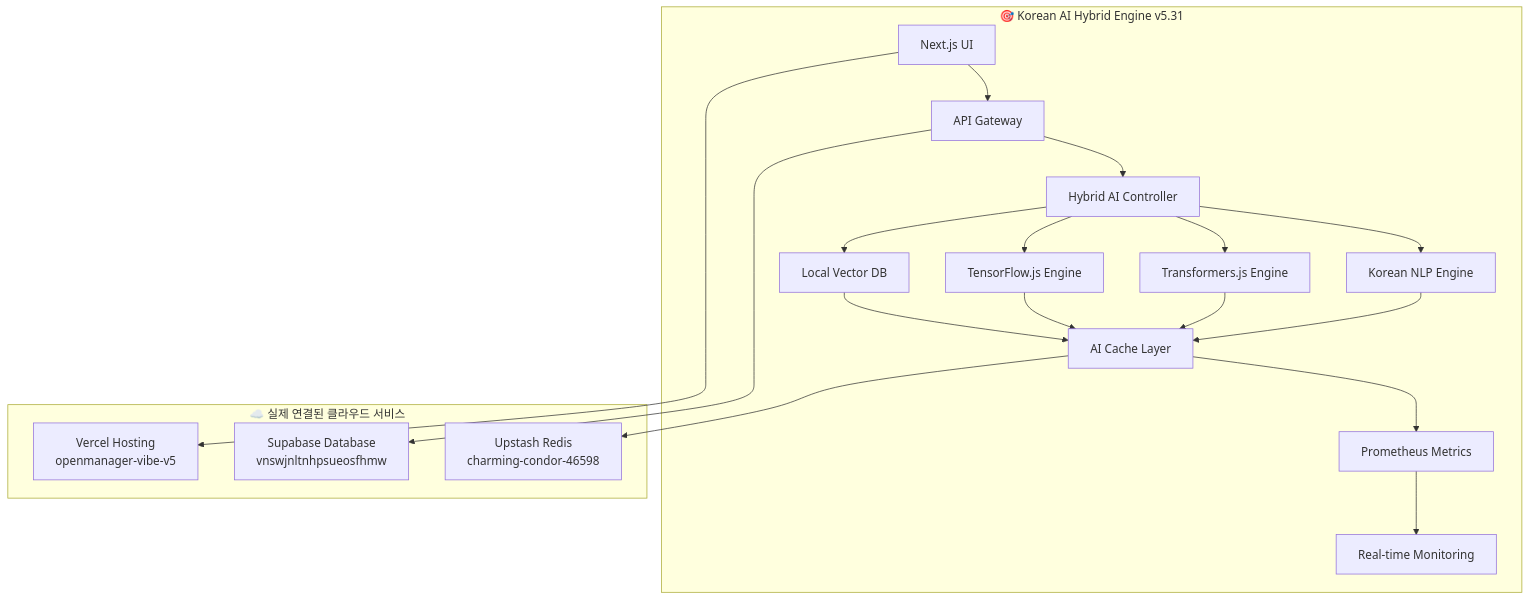
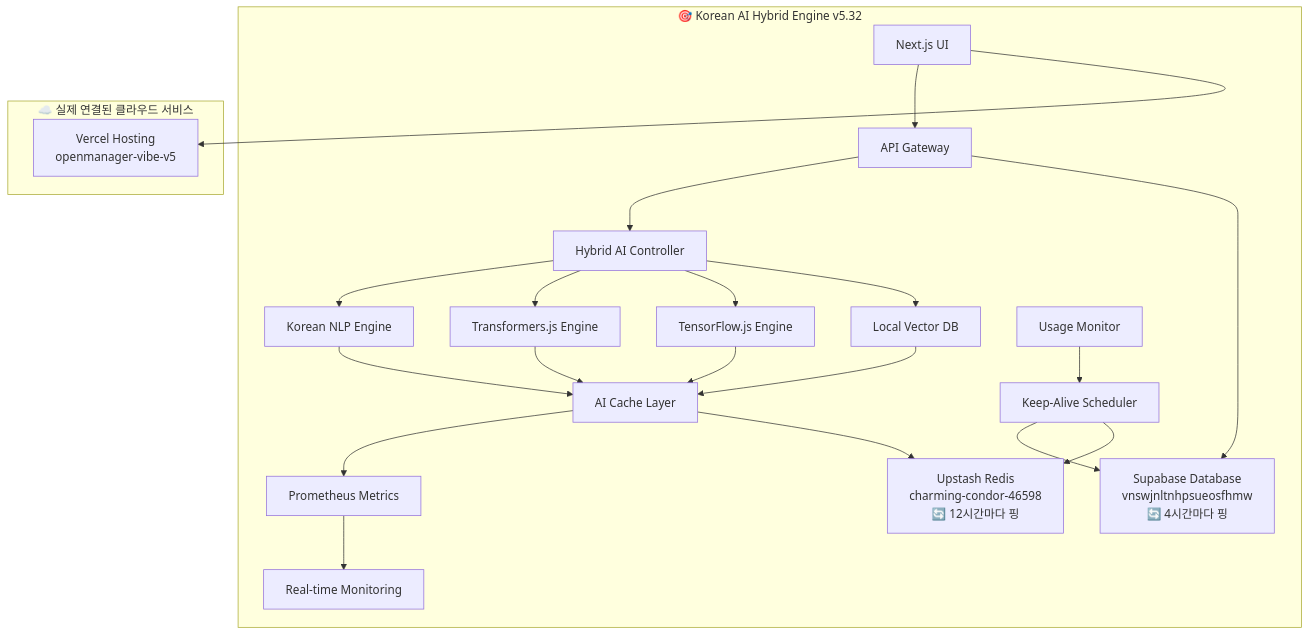
Before and after one commit to skyasu2/openmanager-vibe-v5: the diagram in README.md, drawn with Mermaid. The commit also changed other lines of this file and 8 other files, not shown here.

````diff
--- a/README.md
+++ b/README.md
@@ -71,30 +93,34 @@
 ```mermaid
 graph TB
-    subgraph "🎯 Korean AI Hybrid Engine v5.31"
+    subgraph "🎯 Korean AI Hybrid Engine v5.32"
         UI["Next.js UI"] --> Gateway["API Gateway"]
         Gateway --> Hybrid["Hybrid AI Controller"]
         
         Hybrid --> Korean["Korean NLP Engine"]
         Hybrid --> TF["Transformers.js Engine"]
         Hybrid --> Tensor["TensorFlow.js Engine"]
         Hybrid --> Vector["Local Vector DB"]
         
         Korean --> Cache["AI Cache Layer"]
         TF --> Cache
         Tensor --> Cache
         Vector --> Cache
         
         Cache --> Metrics["Prometheus Metrics"]
         Metrics --> Monitor["Real-time Monitoring"]
+        
+        UsageMonitor["Usage Monitor"] --> KeepAlive["Keep-Alive Scheduler"]
+        KeepAlive --> Supabase
+        KeepAlive --> Redis
     end
     
     subgraph "☁️ 실제 연결된 클라우드 서비스"
-        Supabase["Supabase Database<br/>vnswjnltnhpsueosfhmw"]
-        Redis["Upstash Redis<br/>charming-condor-46598"]
+        Supabase["Supabase Database<br/>vnswjnltnhpsueosfhmw<br/>🔄 4시간마다 핑"]
+        Redis["Upstash Redis<br/>charming-condor-46598<br/>🔄 12시간마다 핑"]
         Vercel["Vercel Hosting<br/>openmanager-vibe-v5"]
     end
     
     Gateway --> Supabase
     Cache --> Redis
     UI --> Vercel
 ```
````
